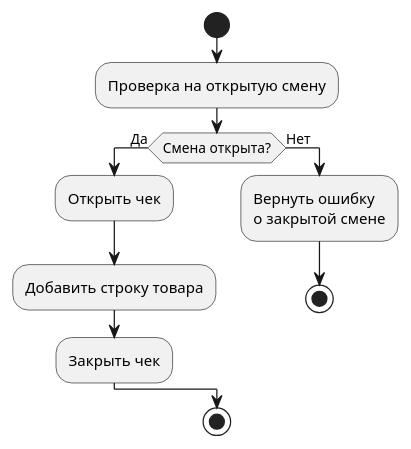
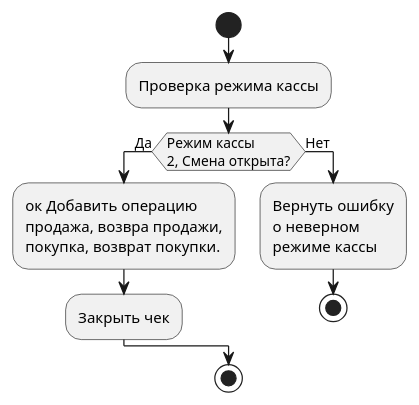
Before and after one commit to re-star-ru/shtrih-m-driver: the diagram in docs/sample.puml, drawn with PlantUML. The commit also changed 13 other files, not shown here.

```diff
--- a/docs/sample.puml
+++ b/docs/sample.puml
@@ -1,19 +1,22 @@
 @startuml
 
 start
 
-:Проверка на открытую смену;
+:Проверка режима кассы;
 
-if (Смена открыта?) then (Да)
-  :Открыть чек;
-  :Добавить строку товара;
+if (Режим кассы
+2, Смена открыта?) then (Да)
+  :ок Добавить операцию
+  продажа, возвра продажи,
+  покупка, возврат покупки.;
   :Закрыть чек;
 else (Нет)
   :Вернуть ошибку
-  о закрытой смене;
+  о неверном
+  режиме кассы;
   stop
 endif
 
 stop
 
 @enduml
```
